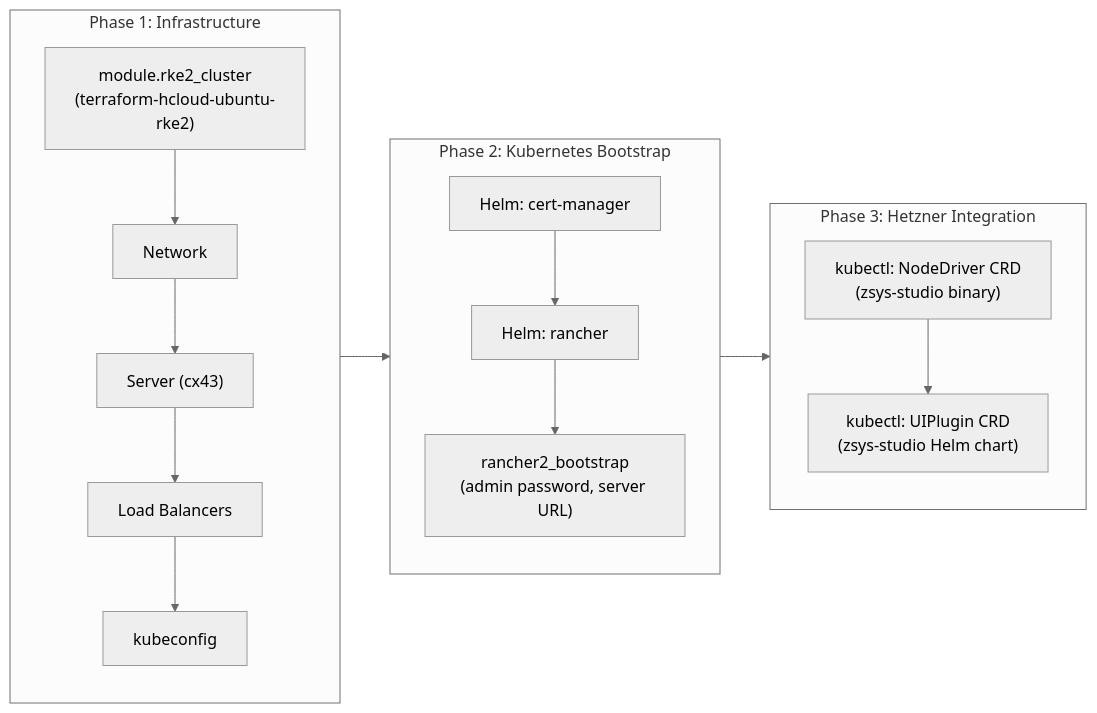
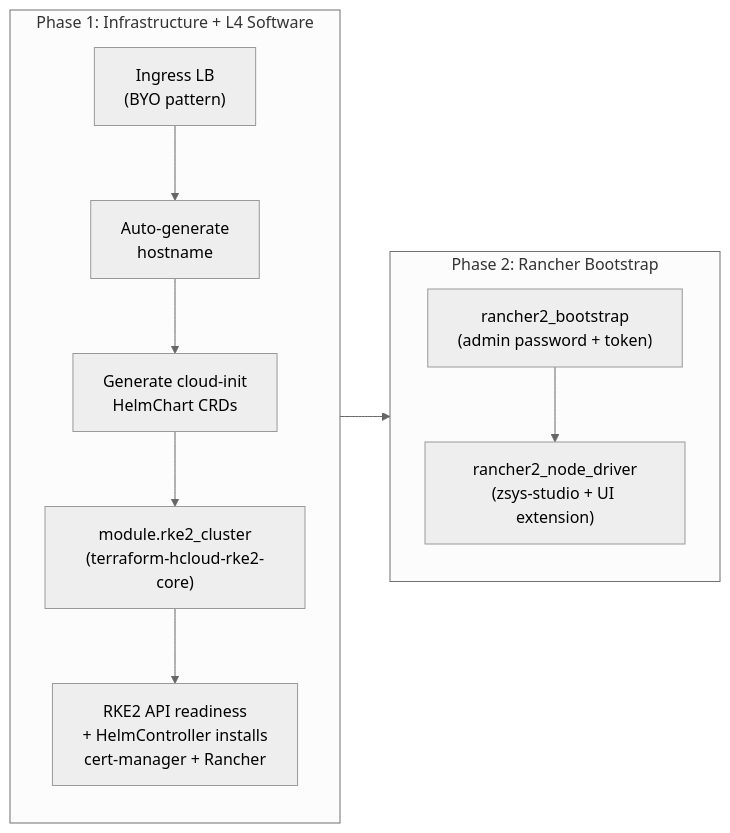
The third of 6 diagrams in docs/ARCHITECTURE.md (mbilan1/terraform-hcloud-rancher), drawn with Mermaid (neutral theme) before and after one commit. The commit also changed other lines of this file and 4 other files, not shown here.

First line of the commit message:
docs: align documentation with current cloud-init + rancher2 architecture

````diff
--- a/docs/ARCHITECTURE.md
+++ b/docs/ARCHITECTURE.md
@@ -233,29 +235,21 @@
 ```mermaid
 flowchart LR
-    subgraph phase1["Phase 1: Infrastructure"]
+    subgraph phase1["Phase 1: Infrastructure + L4 Software"]
         direction TB
-        rke2["module.rke2_cluster\n(terraform-hcloud-ubuntu-rke2)"]
-        net["Network"]
-        srv["Server (cx43)"]
-        lb["Load Balancers"]
-        kc["kubeconfig"]
-        rke2 --> net --> srv --> lb --> kc
+        lb["Ingress LB\n(BYO pattern)"]
+        hostname["Auto-generate\nhostname"]
+        manifests["Generate cloud-init\nHelmChart CRDs"]
+        rke2["module.rke2_cluster\n(terraform-hcloud-rke2-core)"]
+        ready["RKE2 API readiness\n+ HelmController installs\ncert-manager + Rancher"]
+        lb --> hostname --> manifests --> rke2 --> ready
     end
 
-    subgraph phase2["Phase 2: Kubernetes Bootstrap"]
+    subgraph phase2["Phase 2: Rancher Bootstrap"]
         direction TB
-        cm["Helm: cert-manager"]
-        rancher["Helm: rancher"]
-        boot["rancher2_bootstrap\n(admin password, server URL)"]
-        cm --> rancher --> boot
+        boot["rancher2_bootstrap\n(admin password + token)"]
+        nd["rancher2_node_driver\n(zsys-studio + UI extension)"]
+        boot --> nd
     end
 
-    subgraph phase3["Phase 3: Hetzner Integration"]
-        direction TB
-        nd["kubectl: NodeDriver CRD\n(zsys-studio binary)"]
-        ext["kubectl: UIPlugin CRD\n(zsys-studio Helm chart)"]
-        nd --> ext
-    end
-
-    phase1 --> phase2 --> phase3
+    phase1 --> phase2
 ```
````
